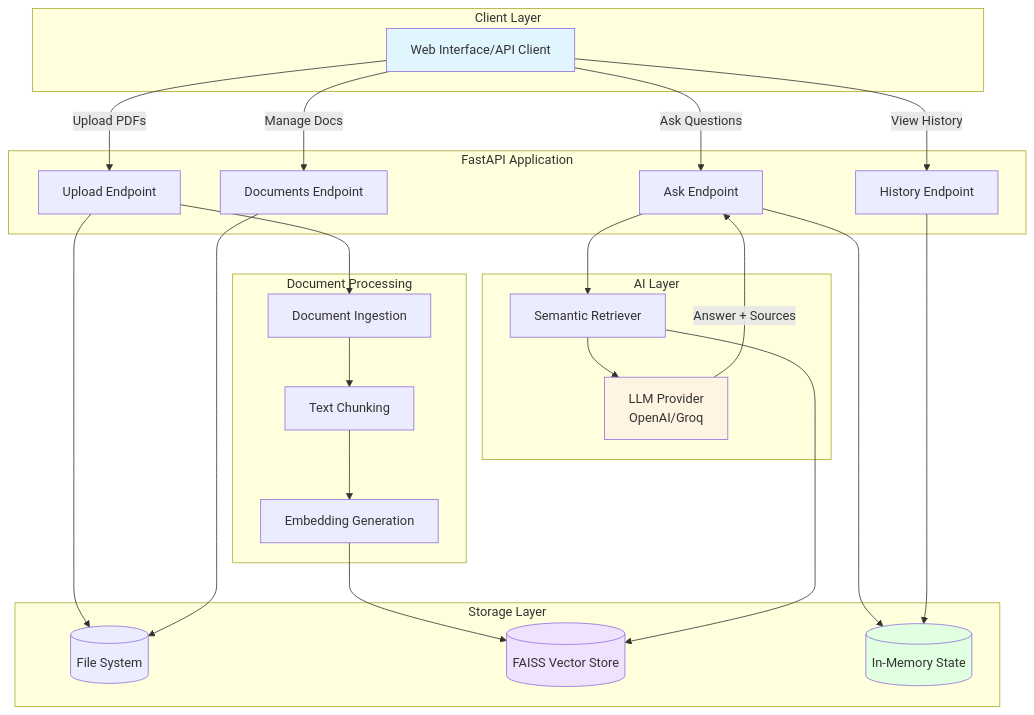
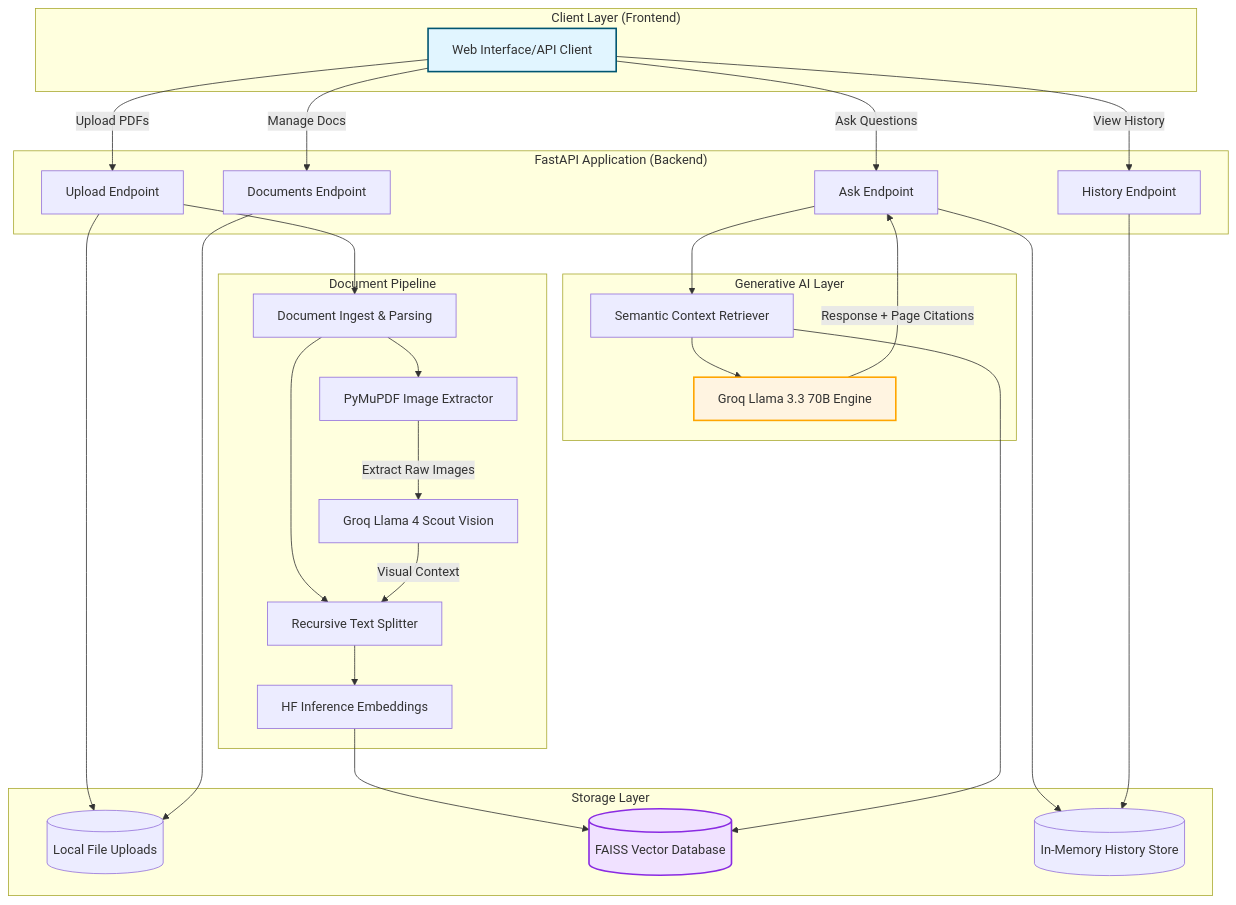
One commit to Saksham-official/RAG_Search_Engine changed the diagram in README.md. Above: the diagram before and after it, drawn with Mermaid. The commit also changed other lines of this file and 12 other files, not shown here.

Commit message:
Refactor: Separate frontend and backend, upgrade Groq vision model to Llama 4 Scout, and optimize Docker configuration for deployment

````diff
--- a/README.md
+++ b/README.md
@@ -33,55 +39,59 @@
 ```mermaid
 graph TB
-    subgraph Client["Client Layer"]
+    subgraph Client["Client Layer (Frontend)"]
         UI[Web Interface/API Client]
     end
     
-    subgraph API["FastAPI Application"]
+    subgraph API["FastAPI Application (Backend)"]
         Upload[Upload Endpoint]
         Ask[Ask Endpoint]
         Docs[Documents Endpoint]
         History[History Endpoint]
     end
     
-    subgraph Processing["Document Processing"]
-        Ingest[Document Ingestion]
-        Chunk[Text Chunking]
-        Embed[Embedding Generation]
+    subgraph Processing["Document Pipeline"]
+        Ingest[Document Ingest & Parsing]
+        Vision[PyMuPDF Image Extractor]
+        LlamaVision[Groq Llama 4 Scout Vision]
+        Chunk[Recursive Text Splitter]
+        Embed[HF Inference Embeddings]
     end
     
     subgraph Storage["Storage Layer"]
-        Files[(File System)]
-        Vector[(FAISS Vector Store)]
-        Memory[(In-Memory State)]
+        Files[(Local File Uploads)]
+        Vector[(FAISS Vector Database)]
+        Memory[(In-Memory History Store)]
     end
     
-    subgraph AI["AI Layer"]
-        Retriever[Semantic Retriever]
-        LLM[LLM Provider<br/>OpenAI/Groq]
+    subgraph AI["Generative AI Layer"]
+        Retriever[Semantic Context Retriever]
+        LLM[Groq Llama 3.3 70B Engine]
     end
     
     UI --> |Upload PDFs| Upload
     UI --> |Ask Questions| Ask
     UI --> |Manage Docs| Docs
     UI --> |View History| History
     
     Upload --> Ingest
     Ingest --> Chunk
+    Ingest --> Vision
+    Vision --> |Extract Raw Images| LlamaVision
+    LlamaVision --> |Visual Context| Chunk
     Chunk --> Embed
     Embed --> Vector
     Upload --> Files
     
     Ask --> Retriever
     Retriever --> Vector
     Retriever --> LLM
-    LLM --> |Answer + Sources| Ask
+    LLM --> |Response + Page Citations| Ask
     Ask --> Memory
     
     Docs --> Files
     History --> Memory
     
-    style UI fill:#e1f5ff
-    style LLM fill:#fff4e1
-    style Vector fill:#f0e1ff
-    style Memory fill:#e1ffe1
+    style UI fill:#e1f5ff,stroke:#005571,stroke-width:2px
+    style LLM fill:#fff4e1,stroke:#ffa500,stroke-width:2px
+    style Vector fill:#f0e1ff,stroke:#8a2be2,stroke-width:2px
 ```
````
